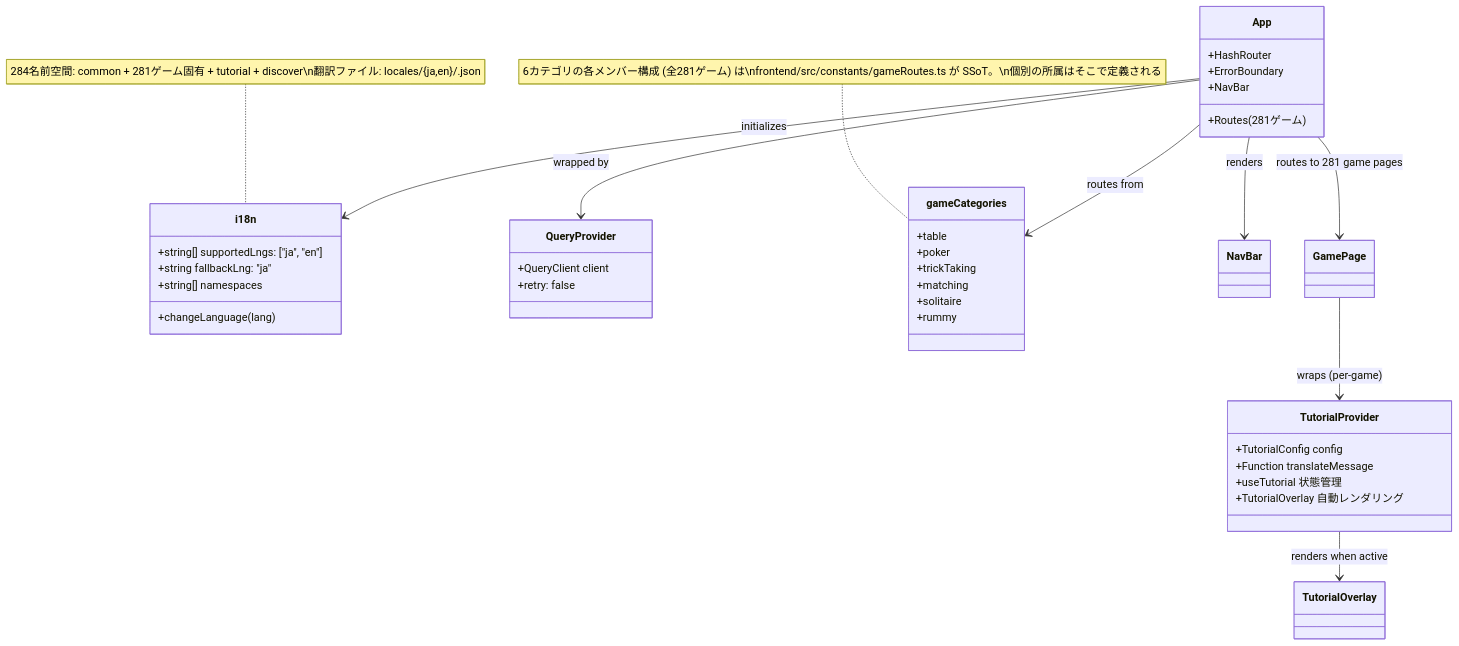
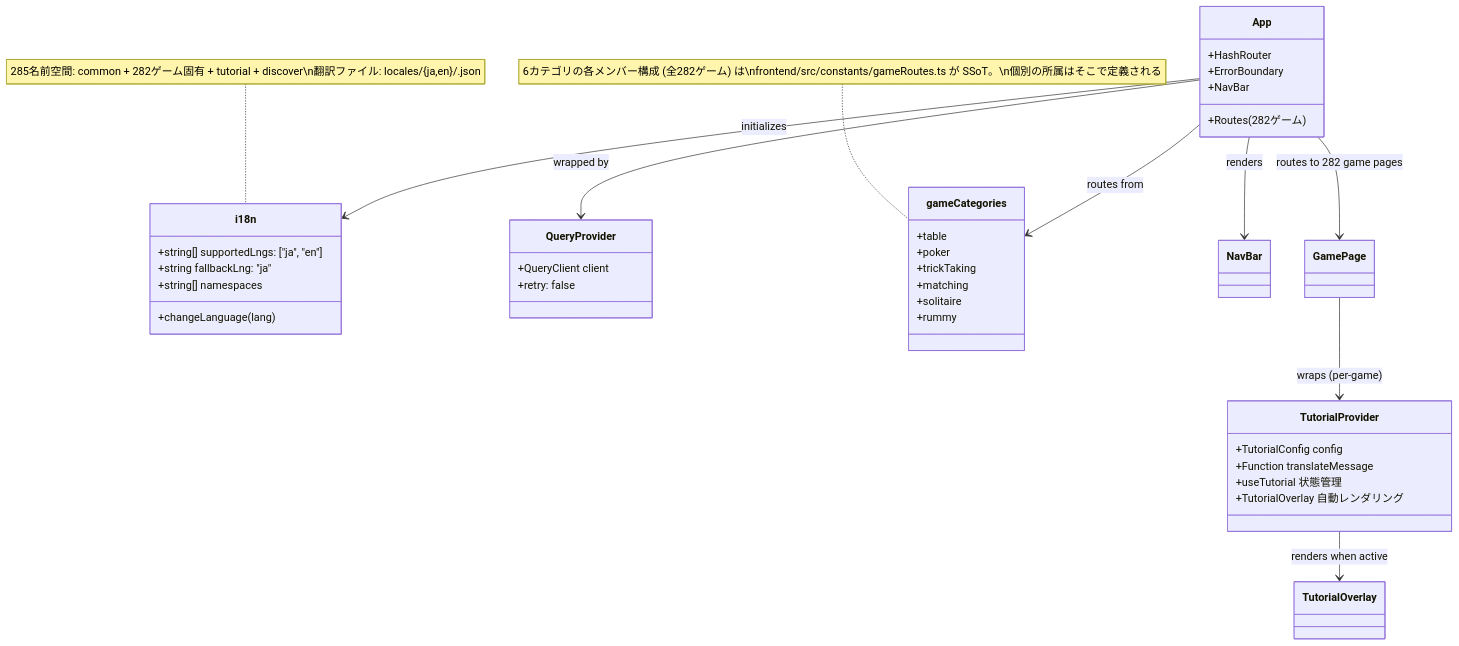
The ninth of 49 diagrams in docs/design/frontend.md (yuta-yoshinaga/go_trumpcards), drawn with Mermaid before and after one commit. The commit also changed other lines of this file and 61 other files, not shown here.

````diff
--- a/docs/design/frontend.md
+++ b/docs/design/frontend.md
@@ -1869,48 +1869,48 @@
 ```mermaid
 classDiagram
     class i18n {
         +string[] supportedLngs: ["ja", "en"]
         +string fallbackLng: "ja"
         +string[] namespaces
         +changeLanguage(lang)
     }
 
     class QueryProvider {
         +QueryClient client
         +retry: false
     }
 
     class App {
         +HashRouter
         +ErrorBoundary
         +NavBar
-        +Routes (281ゲーム)
+        +Routes (282ゲーム)
     }
 
     class gameCategories {
         +table
         +poker
         +trickTaking
         +matching
         +solitaire
         +rummy
     }
-    note for gameCategories "6カテゴリの各メンバー構成 (全281ゲーム) は\nfrontend/src/constants/gameRoutes.ts が SSoT。\n個別の所属はそこで定義される"
+    note for gameCategories "6カテゴリの各メンバー構成 (全282ゲーム) は\nfrontend/src/constants/gameRoutes.ts が SSoT。\n個別の所属はそこで定義される"
 
     class TutorialProvider {
         +TutorialConfig config
         +Function translateMessage
         +useTutorial 状態管理
         +TutorialOverlay 自動レンダリング
     }
 
     App --> QueryProvider : wrapped by
     App --> i18n : initializes
     App --> gameCategories : routes from
     App --> NavBar : renders
-    App --> GamePage : routes to 281 game pages
+    App --> GamePage : routes to 282 game pages
     GamePage --> TutorialProvider : wraps (per-game)
     TutorialProvider --> TutorialOverlay : renders when active
 
-    note for i18n "284名前空間: common + 281ゲーム固有 + tutorial + discover\n翻訳ファイル: locales/{ja,en}/<game>.json"
+    note for i18n "285名前空間: common + 282ゲーム固有 + tutorial + discover\n翻訳ファイル: locales/{ja,en}/<game>.json"
 ```
````
